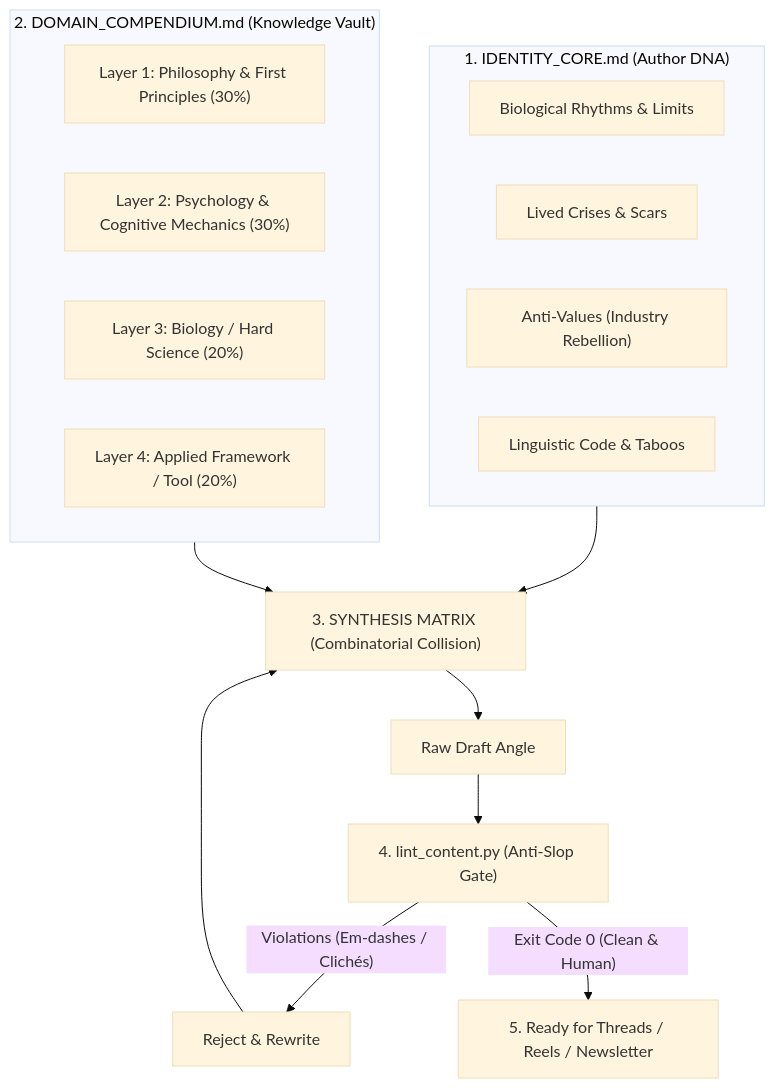
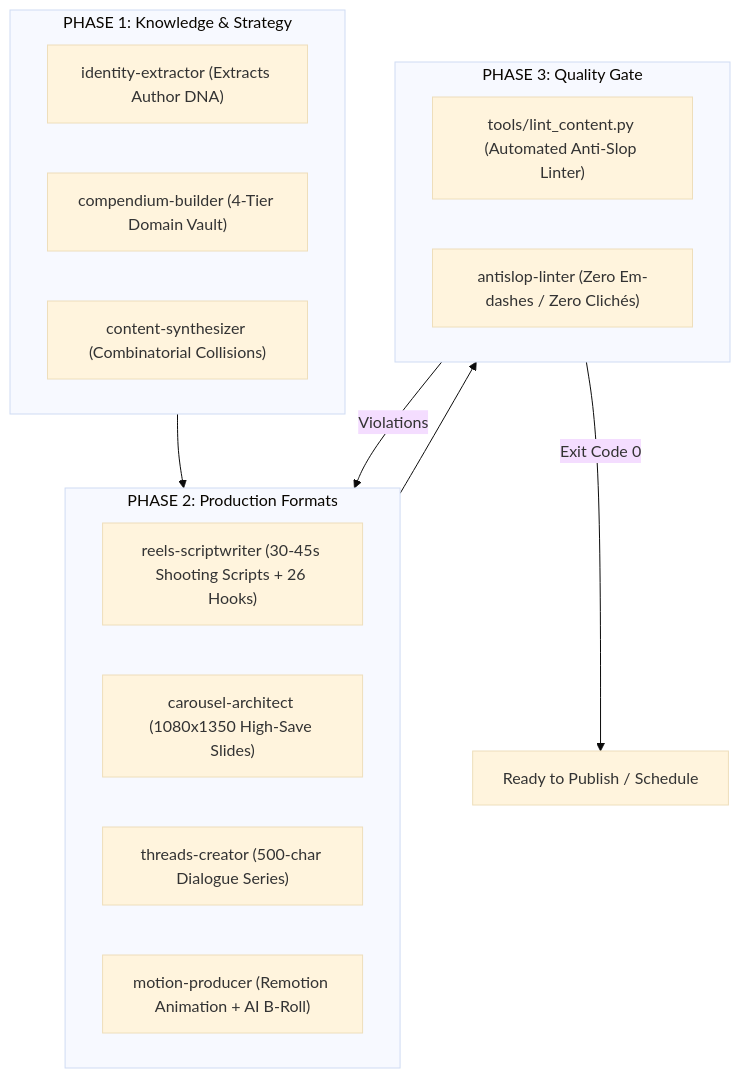
The diagram in README.md (voronin-s-dev/creator-core-engine), drawn with Mermaid (base theme) before and after one commit. The commit also changed other lines of this file and 10 other files, not shown here.

Commit message:
feat: pack complete production studio (reels-scriptwriter, carousel-architect, threads-creator, motion-producer, hooks vault)

````diff
--- a/README.md
+++ b/README.md
@@ -32,26 +32,25 @@
 ```mermaid
 flowchart TD
-    subgraph HumanDNA["1. IDENTITY_CORE.md (Author DNA)"]
-        A1["Biological Rhythms & Limits"]
-        A2["Lived Crises & Scars"]
-        A3["Anti-Values (Industry Rebellion)"]
-        A4["Linguistic Code & Taboos"]
+    subgraph Phase1["PHASE 1: Knowledge & Strategy"]
+        A1["identity-extractor (Extracts Author DNA)"]
+        A2["compendium-builder (4-Tier Domain Vault)"]
+        A3["content-synthesizer (Combinatorial Collisions)"]
     end
 
-    subgraph DomainVault["2. DOMAIN_COMPENDIUM.md (Knowledge Vault)"]
-        B1["Layer 1: Philosophy & First Principles (30%)"]
-        B2["Layer 2: Psychology & Cognitive Mechanics (30%)"]
-        B3["Layer 3: Biology / Hard Science (20%)"]
-        B4["Layer 4: Applied Framework / Tool (20%)"]
+    subgraph Phase2["PHASE 2: Production Formats"]
+        B1["reels-scriptwriter (30-45s Shooting Scripts + 26 Hooks)"]
+        B2["carousel-architect (1080x1350 High-Save Slides)"]
+        B3["threads-creator (500-char Dialogue Series)"]
+        B4["motion-producer (Remotion Animation + AI B-Roll)"]
     end
 
-    HumanDNA --> Engine["3. SYNTHESIS MATRIX (Combinatorial Collision)"]
-    DomainVault --> Engine
+    subgraph Phase3["PHASE 3: Quality Gate"]
+        C1["tools/lint_content.py (Automated Anti-Slop Linter)"]
+        C2["antislop-linter (Zero Em-dashes / Zero Clichés)"]
+    end
 
-    Engine --> Draft["Raw Draft Angle"]
-    Draft --> Linter["4. lint_content.py (Anti-Slop Gate)"]
-    
-    Linter -- "Violations (Em-dashes / Clichés)" --> Rejection["Reject & Rewrite"]
-    Rejection --> Engine
-    Linter -- "Exit Code 0 (Clean & Human)" --> Published["5. Ready for Threads / Reels / Newsletter"]
+    Phase1 --> Phase2
+    Phase2 --> Phase3
+    Phase3 -- "Violations" --> Phase2
+    Phase3 -- "Exit Code 0" --> Live["Ready to Publish / Schedule"]
 ```
````
